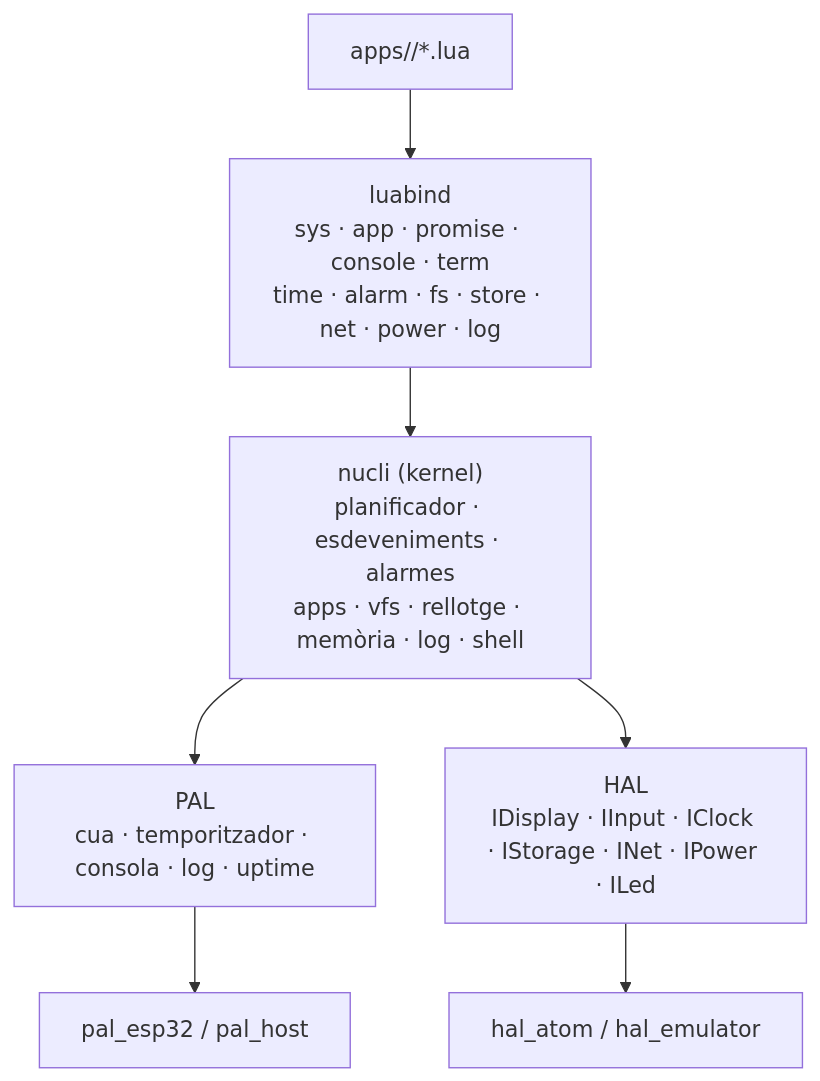
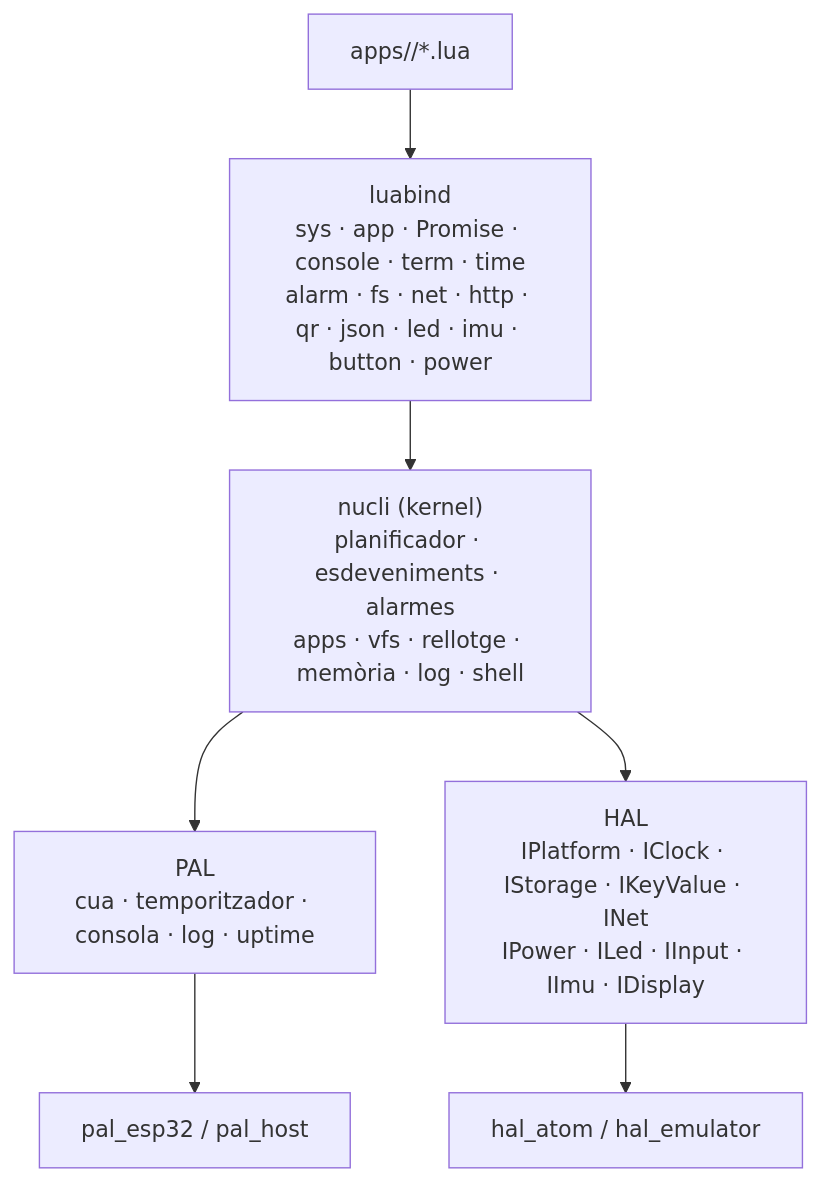
The first of 2 diagrams in docs/10-arquitectura.md (lunokjod/lunokOS), drawn with Mermaid before and after one commit. The commit also changed other lines of this file, not shown here.

````diff
--- a/docs/10-arquitectura.md
+++ b/docs/10-arquitectura.md
@@ -5,9 +5,9 @@
 ```mermaid
 graph TD
-  A["apps/<id>/*.lua"] --> B["luabind<br/>sys · app · promise · console · term<br/>time · alarm · fs · store · net · power · log"]
+  A["apps/<id>/*.lua"] --> B["luabind<br/>sys · app · Promise · console · term · time<br/>alarm · fs · net · http · qr · json · led · imu · button · power"]
   B --> C["nucli (kernel)<br/>planificador · esdeveniments · alarmes<br/>apps · vfs · rellotge · memòria · log · shell"]
   C --> D["PAL<br/>cua · temporitzador · consola · log · uptime"]
-  C --> E["HAL<br/>IDisplay · IInput · IClock · IStorage · INet · IPower · ILed"]
+  C --> E["HAL<br/>IPlatform · IClock · IStorage · IKeyValue · INet<br/>IPower · ILed · IInput · IImu · IDisplay"]
   D --> F["pal_esp32 / pal_host"]
   E --> G["hal_atom / hal_emulator"]
 ```
````
